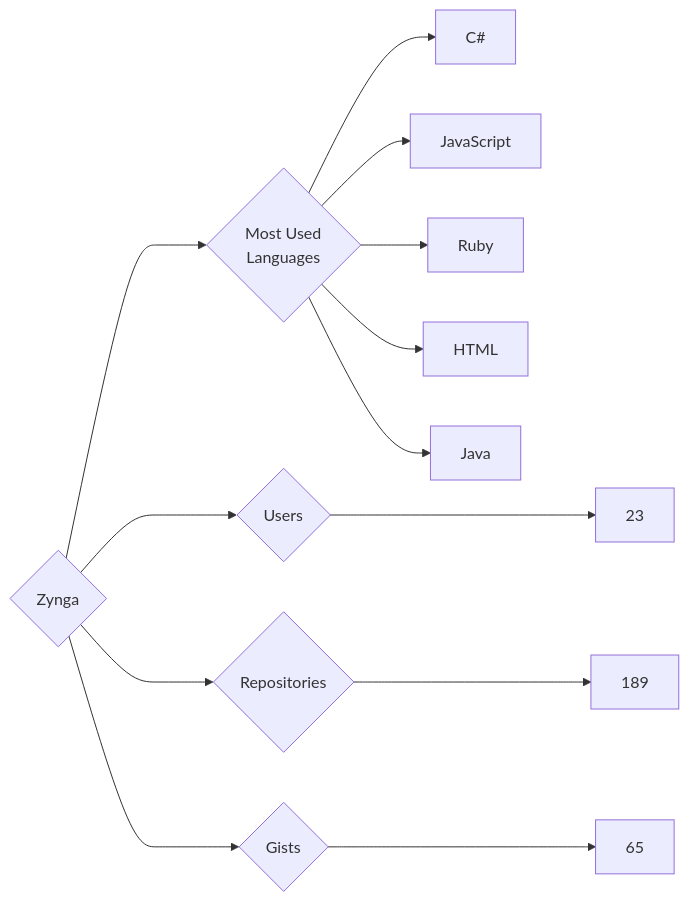
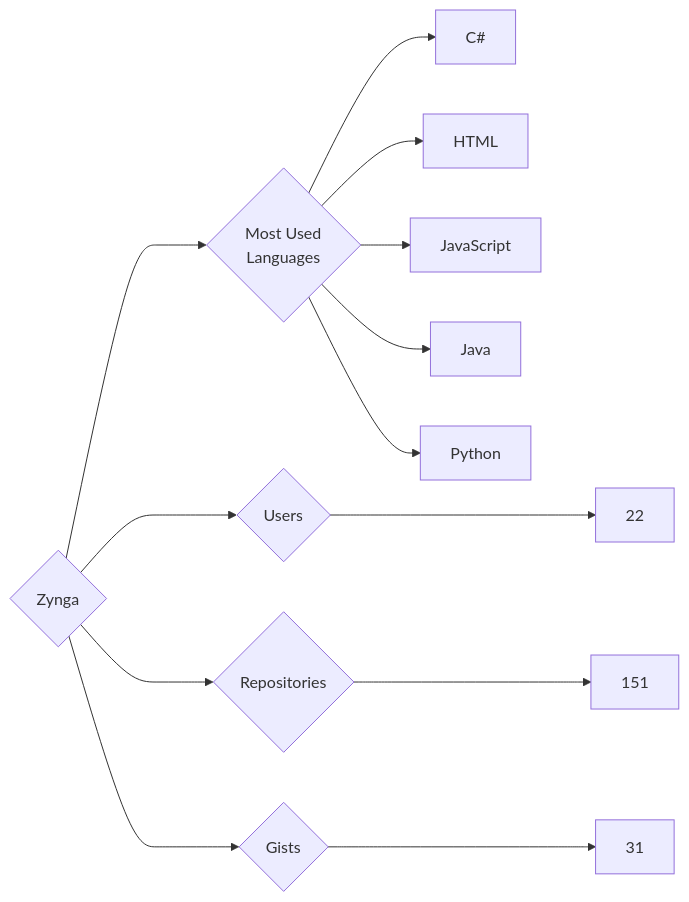
Before and after one commit to trickest/insiders: the diagram in targets/Zynga/README.md, drawn with Mermaid. The commit also changed 965 other files, not shown here.

````diff
--- a/targets/Zynga/README.md
+++ b/targets/Zynga/README.md
@@ -3,13 +3,13 @@
 ```mermaid
 graph LR
 COMPANY_NAME{Zynga}
-COMPANY_NAME ---> U{Users} ---> UN[23]
-COMPANY_NAME ---> R{Repositories} ---> RN[189]
-COMPANY_NAME ---> G{Gists} ---> GN[65]
+COMPANY_NAME ---> U{Users} ---> UN[22]
+COMPANY_NAME ---> R{Repositories} ---> RN[151]
+COMPANY_NAME ---> G{Gists} ---> GN[31]
 COMPANY_NAME ---> ML{Most Used<br>Languages}
 ML --> C#[C#]
+ML --> HTML[HTML]
 ML --> JavaScript[JavaScript]
-ML --> Ruby[Ruby]
-ML --> HTML[HTML]
 ML --> Java[Java]
+ML --> Python[Python]
 ```
````
